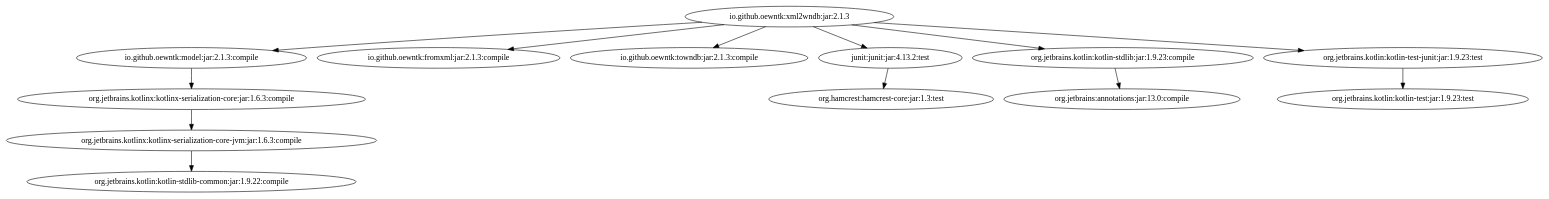
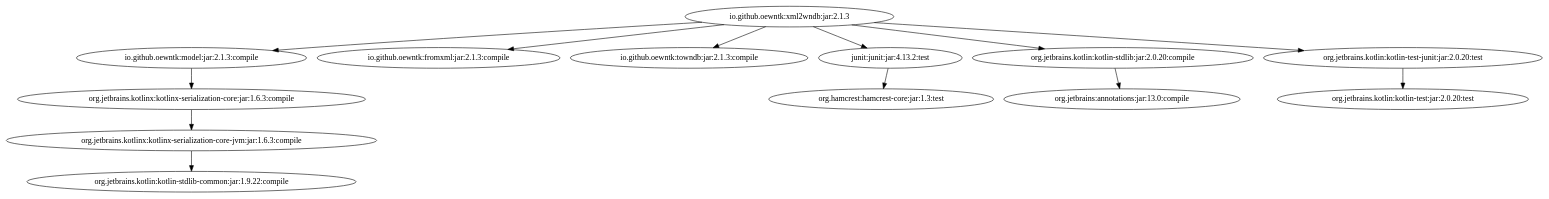
One commit to oewntk/grind_xml2wndb changed the diagram in images/grind-xml2wndb.dot. Above: the diagram before and after it, drawn with Graphviz.

Commit message:
newly generated

```diff
--- a/images/grind-xml2wndb.dot
+++ b/images/grind-xml2wndb.dot
@@ -1,14 +1,14 @@
 digraph "io.github.oewntk:xml2wndb:jar:2.1.3" { 
 	"io.github.oewntk:xml2wndb:jar:2.1.3" -> "io.github.oewntk:model:jar:2.1.3:compile" ; 
 	"io.github.oewntk:xml2wndb:jar:2.1.3" -> "io.github.oewntk:fromxml:jar:2.1.3:compile" ; 
 	"io.github.oewntk:xml2wndb:jar:2.1.3" -> "io.github.oewntk:towndb:jar:2.1.3:compile" ; 
 	"io.github.oewntk:xml2wndb:jar:2.1.3" -> "junit:junit:jar:4.13.2:test" ; 
-	"io.github.oewntk:xml2wndb:jar:2.1.3" -> "org.jetbrains.kotlin:kotlin-stdlib:jar:1.9.23:compile" ; 
-	"io.github.oewntk:xml2wndb:jar:2.1.3" -> "org.jetbrains.kotlin:kotlin-test-junit:jar:1.9.23:test" ; 
+	"io.github.oewntk:xml2wndb:jar:2.1.3" -> "org.jetbrains.kotlin:kotlin-stdlib:jar:2.0.20:compile" ; 
+	"io.github.oewntk:xml2wndb:jar:2.1.3" -> "org.jetbrains.kotlin:kotlin-test-junit:jar:2.0.20:test" ; 
 	"io.github.oewntk:model:jar:2.1.3:compile" -> "org.jetbrains.kotlinx:kotlinx-serialization-core:jar:1.6.3:compile" ; 
 	"org.jetbrains.kotlinx:kotlinx-serialization-core:jar:1.6.3:compile" -> "org.jetbrains.kotlinx:kotlinx-serialization-core-jvm:jar:1.6.3:compile" ; 
 	"org.jetbrains.kotlinx:kotlinx-serialization-core-jvm:jar:1.6.3:compile" -> "org.jetbrains.kotlin:kotlin-stdlib-common:jar:1.9.22:compile" ; 
 	"junit:junit:jar:4.13.2:test" -> "org.hamcrest:hamcrest-core:jar:1.3:test" ; 
-	"org.jetbrains.kotlin:kotlin-stdlib:jar:1.9.23:compile" -> "org.jetbrains:annotations:jar:13.0:compile" ; 
-	"org.jetbrains.kotlin:kotlin-test-junit:jar:1.9.23:test" -> "org.jetbrains.kotlin:kotlin-test:jar:1.9.23:test" ; 
+	"org.jetbrains.kotlin:kotlin-stdlib:jar:2.0.20:compile" -> "org.jetbrains:annotations:jar:13.0:compile" ; 
+	"org.jetbrains.kotlin:kotlin-test-junit:jar:2.0.20:test" -> "org.jetbrains.kotlin:kotlin-test:jar:2.0.20:test" ; 
  } 
```
